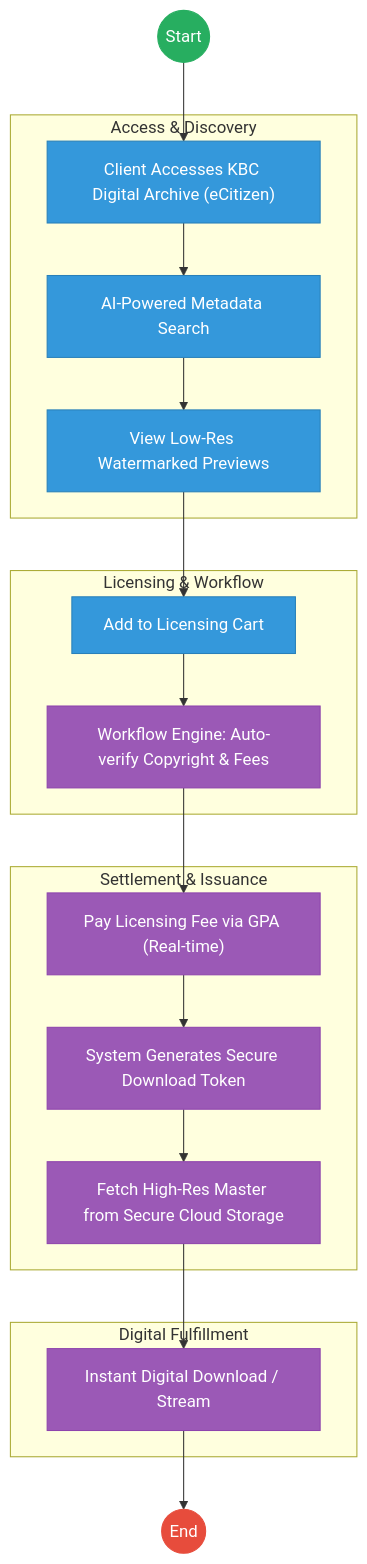
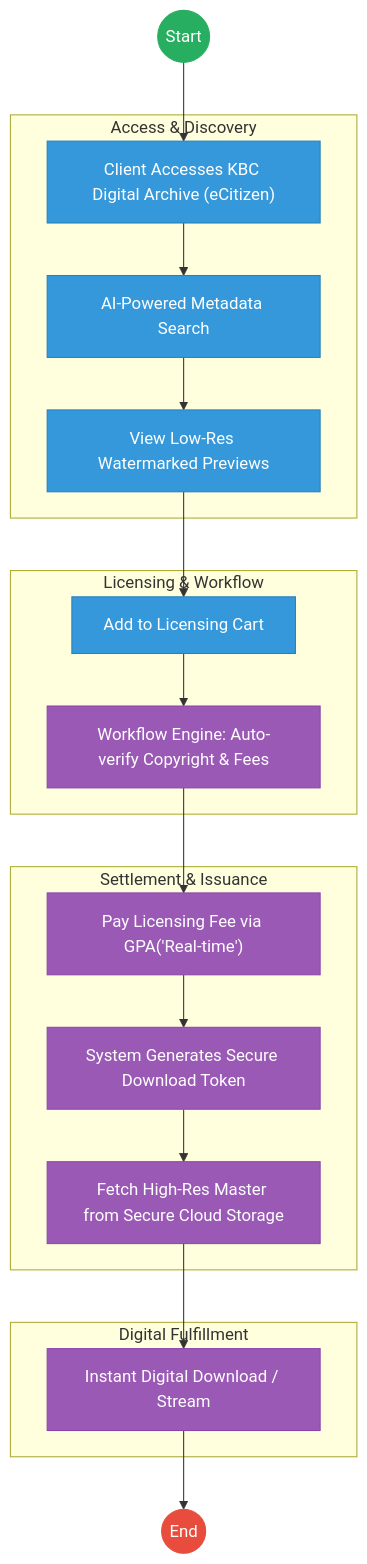
One commit to BITZ-IT-Consulting-LTD/ictapoc changed the second of 2 diagrams in mdas/docs_final/priority_mdas/Kenya_Broadcasting_Corporation___Service_Delivery.md. Above: the diagram before and after it, drawn with Mermaid. The commit also changed other lines of this file and 33 other files, not shown here.

````diff
--- a/mdas/docs_final/priority_mdas/Kenya_Broadcasting_Corporation___Service_Delivery.md
+++ b/mdas/docs_final/priority_mdas/Kenya_Broadcasting_Corporation___Service_Delivery.md
@@ -110,35 +110,35 @@
 ```mermaid
 graph TD
     Start((Start)) --> Portal["Client Accesses KBC Digital Archive (eCitizen)"]
     
-    subgraph Layer1 [Access & Discovery]
+    subgraph Layer1["Access & Discovery"]
         Portal --> Search["AI-Powered Metadata Search"]
         Search --> Preview["View Low-Res Watermarked Previews"]
     end
     
-    subgraph Layer2 [Licensing & Workflow]
+    subgraph Layer2["Licensing & Workflow"]
         Preview --> Cart["Add to Licensing Cart"]
         Cart --> Rules["Workflow Engine: Auto-verify Copyright & Fees"]
     end
     
-    subgraph Layer4 [Settlement & Issuance]
-        Rules --> Pay["Pay Licensing Fee via GPA (Real-time)"]
+    subgraph Layer4["Settlement & Issuance"]
+        Rules --> Pay["Pay Licensing Fee via GPA('Real-time')"]
         Pay --> Token["System Generates Secure Download Token"]
         Token --> Cloud["Fetch High-Res Master from Secure Cloud Storage"]
     end
     
-    subgraph Delivery [Digital Fulfillment]
+    subgraph Delivery["Digital Fulfillment"]
         Cloud --> Delivery_App["Instant Digital Download / Stream"]
     end
     
     Delivery_App --> End((End))
 
     classDef start fill:#27ae60,stroke:#27ae60,color:#fff;
     classDef endNode fill:#e74c3c,stroke:#e74c3c,color:#fff;
     classDef userTask fill:#3498db,stroke:#2980b9,color:#fff;
     classDef serviceTask fill:#9b59b6,stroke:#8e44ad,color:#fff;
     class Start start;
     class End endNode;
     class Portal,Search,Preview,Cart userTask;
     class Rules,Pay,Token,Cloud,Delivery_App serviceTask;
 ```
````
